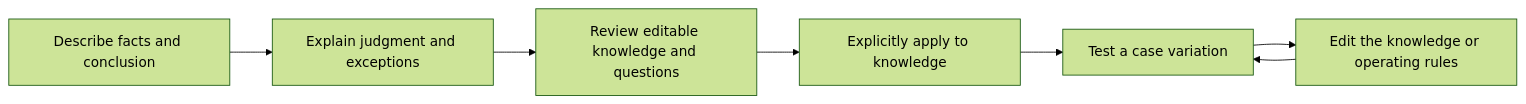
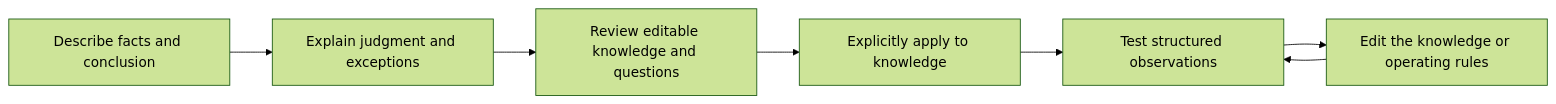
One commit to sanolamian12/neo-luddite changed the second of 5 diagrams in design/agent-customization-flows.md. Above: the diagram before and after it, drawn with Mermaid (forest theme). The commit also changed other lines of this file and 32 other files, not shown here.

````diff
--- a/design/agent-customization-flows.md
+++ b/design/agent-customization-flows.md
@@ -22,9 +22,9 @@
 ```mermaid
 flowchart LR
   Case[Describe facts and conclusion] --> Explain[Explain judgment and exceptions]
   Explain --> Review[Review editable knowledge and questions]
   Review --> Apply[Explicitly apply to knowledge]
-  Apply --> Test[Test a case variation]
+  Apply --> Test[Test structured observations]
   Test --> Revise[Edit the knowledge or operating rules]
   Revise --> Test
 ```
````
